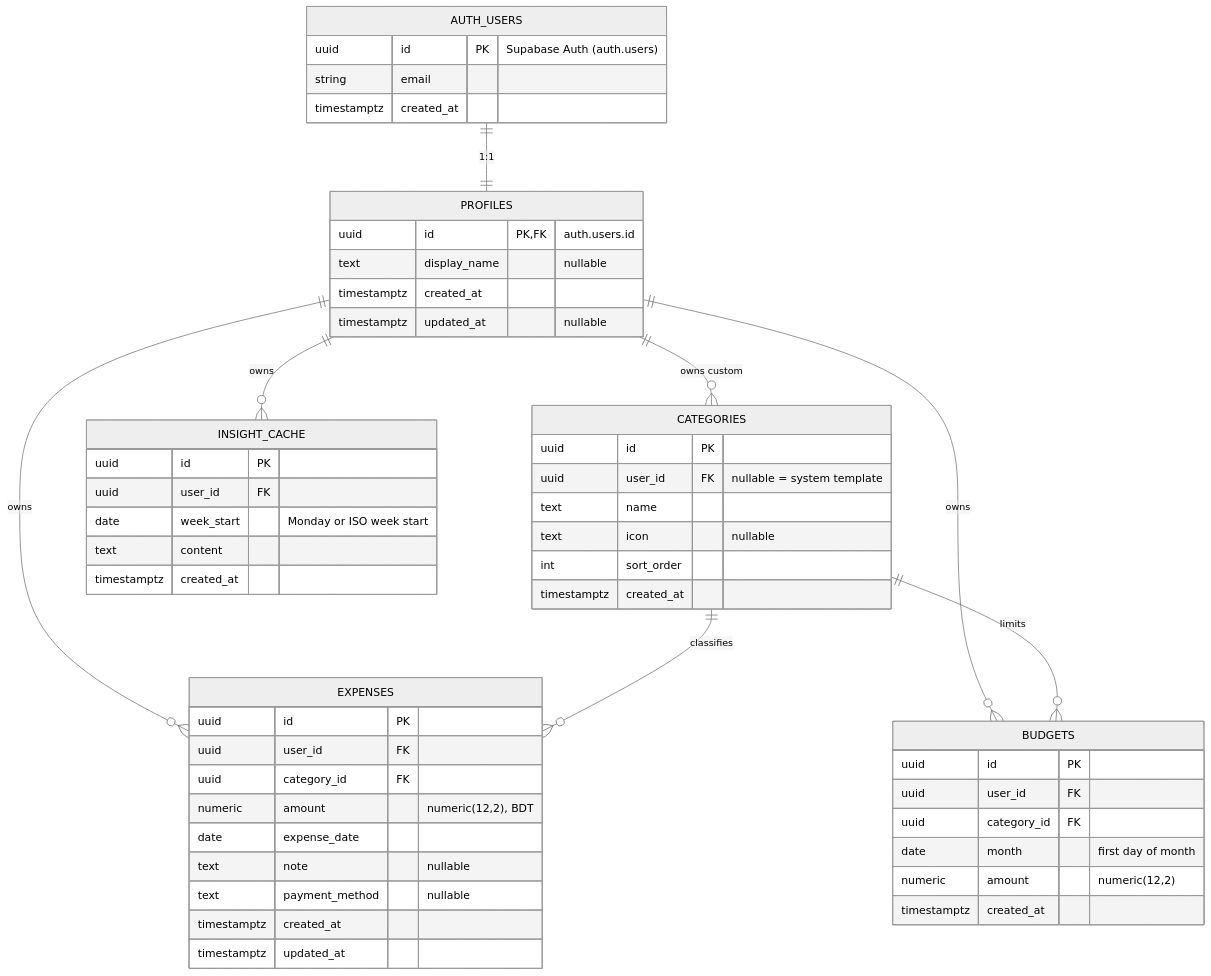
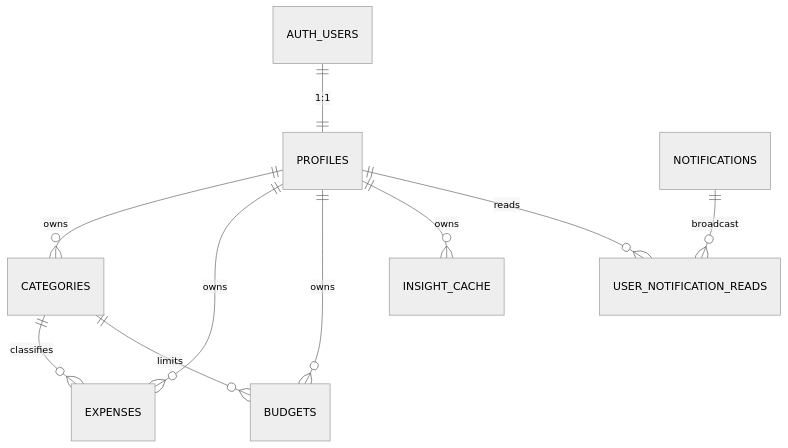
Before and after one commit to MushfiqMoon/PoysaPath: the first of 2 diagrams in docs/planning-db.md, drawn with Mermaid (neutral theme). The commit also changed other lines of this file and 41 other files, not shown here.

````diff
--- a/docs/planning-db.md
+++ b/docs/planning-db.md
@@ -12,61 +18,12 @@
 ```mermaid
 erDiagram
-    AUTH_USERS {
-        uuid id PK "Supabase Auth (auth.users)"
-        string email
-        timestamptz created_at
-    }
-
-    PROFILES {
-        uuid id PK,FK "auth.users.id"
-        text display_name "nullable"
-        timestamptz created_at
-        timestamptz updated_at "nullable"
-    }
-
-    CATEGORIES {
-        uuid id PK
-        uuid user_id FK "nullable = system template"
-        text name
-        text icon "nullable"
-        int sort_order
-        timestamptz created_at
-    }
-
-    EXPENSES {
-        uuid id PK
-        uuid user_id FK
-        uuid category_id FK
-        numeric amount "numeric(12,2), BDT"
-        date expense_date
-        text note "nullable"
-        text payment_method "nullable"
-        timestamptz created_at
-        timestamptz updated_at
-    }
-
-    BUDGETS {
-        uuid id PK
-        uuid user_id FK
-        uuid category_id FK
-        date month "first day of month"
-        numeric amount "numeric(12,2)"
-        timestamptz created_at
-    }
-
-    INSIGHT_CACHE {
-        uuid id PK
-        uuid user_id FK
-        date week_start "Monday or ISO week start"
-        text content
-        timestamptz created_at
-    }
-
     AUTH_USERS ||--|| PROFILES : "1:1"
-    PROFILES ||--o{ CATEGORIES : "owns custom"
-    PROFILES ||--o{ EXPENSES : "owns"
-    PROFILES ||--o{ BUDGETS : "owns"
-    PROFILES ||--o{ INSIGHT_CACHE : "owns"
-    CATEGORIES ||--o{ EXPENSES : "classifies"
-    CATEGORIES ||--o{ BUDGETS : "limits"
+    PROFILES ||--o{ CATEGORIES : owns
+    PROFILES ||--o{ EXPENSES : owns
+    PROFILES ||--o{ BUDGETS : owns
+    PROFILES ||--o{ INSIGHT_CACHE : owns
+    CATEGORIES ||--o{ EXPENSES : classifies
+    CATEGORIES ||--o{ BUDGETS : limits
+    PROFILES ||--o{ USER_NOTIFICATION_READS : reads
+    NOTIFICATIONS ||--o{ USER_NOTIFICATION_READS : broadcast
 ```
````
